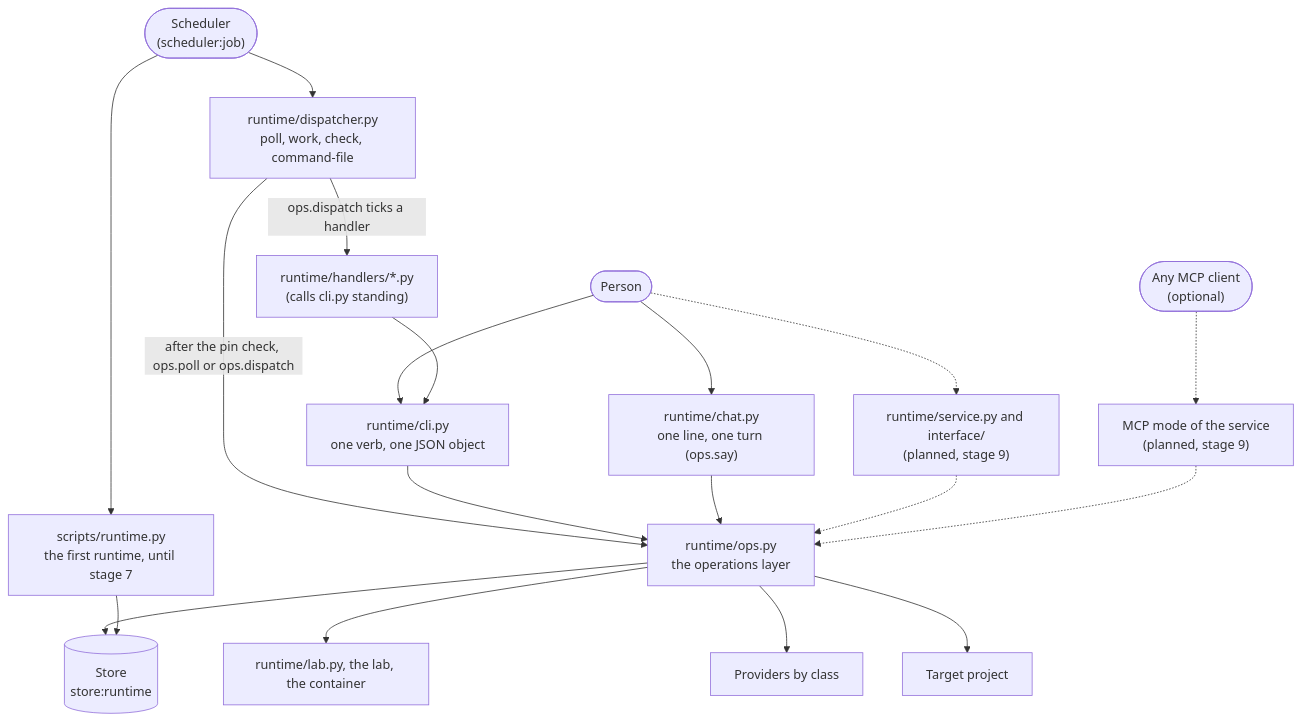
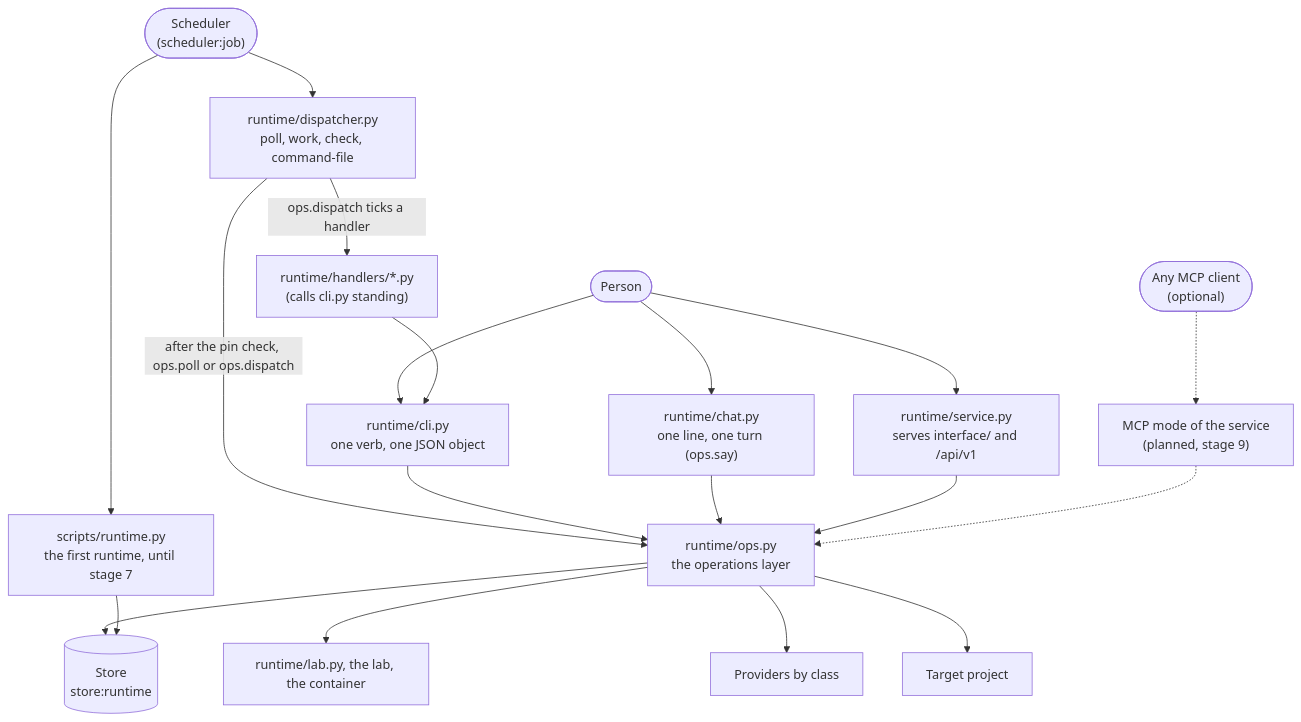
The diagram in docs/architecture/platform/shells.md (chrissgon/ai-workbench), drawn with Mermaid before and after one commit. The commit also changed other lines of this file and 22 other files, not shown here.

First line of the commit message:
feat(runtime): the local service: the operations layer through an API, with a token and an origin check

````diff
--- a/docs/architecture/platform/shells.md
+++ b/docs/architecture/platform/shells.md
@@ -13,37 +13,37 @@
 ```mermaid
 flowchart TB
     P(["Person"])
     S(["Scheduler<br/>(scheduler:job)"])
     CLI["runtime/cli.py<br/>one verb, one JSON object"]
     CHAT["runtime/chat.py<br/>one line, one turn (ops.say)"]
     DISP["runtime/dispatcher.py<br/>poll, work, check, command-file"]
     H["runtime/handlers/*.py<br/>(calls cli.py standing)"]
-    SVC["runtime/service.py and interface/<br/>(planned, stage 9)"]
+    SVC["runtime/service.py<br/>serves interface/ and /api/v1"]
     MCP["MCP mode of the service<br/>(planned, stage 9)"]
     C(["Any MCP client<br/>(optional)"])
     OPS["runtime/ops.py<br/>the operations layer"]
     ST[("Store<br/>store:runtime")]
     LAB["runtime/lab.py, the lab, the container"]
     PR["Providers by class"]
     PJ["Target project"]
     OLD["scripts/runtime.py<br/>the first runtime, until stage 7"]
 
     P --> CLI
     P --> CHAT
-    P -.-> SVC
+    P --> SVC
     C -.-> MCP
     S --> DISP
     S --> OLD
     DISP -->|"after the pin check, ops.poll or ops.dispatch"| OPS
     DISP -->|"ops.dispatch ticks a handler"| H
     H --> CLI
     CLI --> OPS
     CHAT --> OPS
-    SVC -.-> OPS
+    SVC --> OPS
     MCP -.-> OPS
     OPS --> ST
     OPS --> LAB
     OPS --> PR
     OPS --> PJ
     OLD --> ST
 ```
````
